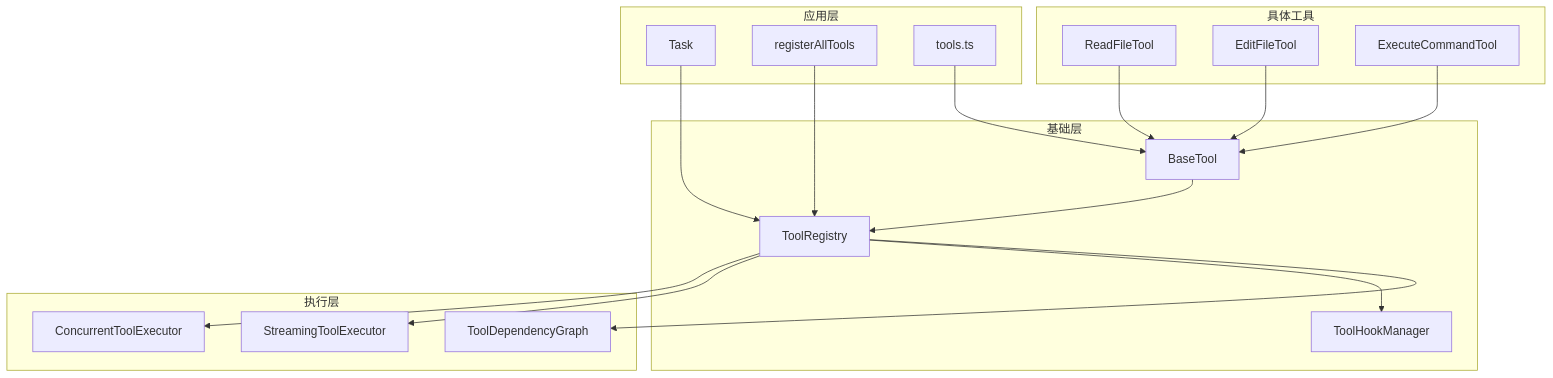
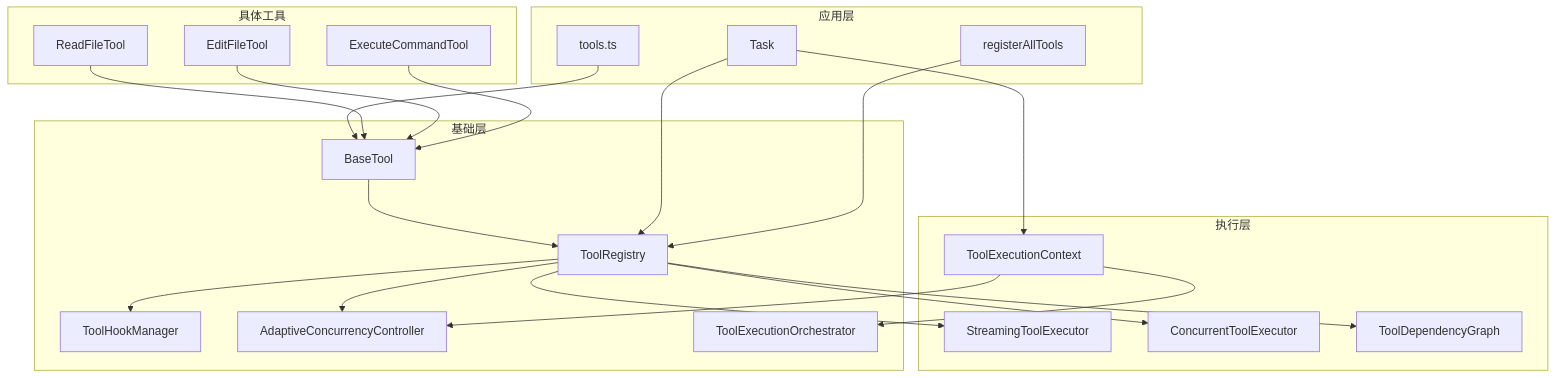
The sixth of 6 diagrams in .qoder/repowiki/zh/content/核心功能/工具系统/统一工具执行框架.md (JunjieChen0/NJUST), drawn with Mermaid before and after one commit. The commit also changed other lines of this file and 37 other files, not shown here.

````diff
--- a/.qoder/repowiki/zh/content/核心功能/工具系统/统一工具执行框架.md
+++ b/.qoder/repowiki/zh/content/核心功能/工具系统/统一工具执行框架.md
@@ -272,34 +389,41 @@
 ```mermaid
 graph TB
 subgraph "基础层"
 BaseTool[BaseTool]
 ToolRegistry[ToolRegistry]
 ToolHookManager[ToolHookManager]
+AdaptiveConcurrencyController[AdaptiveConcurrencyController]
+ToolExecutionOrchestrator[ToolExecutionOrchestrator]
 end
 subgraph "执行层"
 StreamingToolExecutor[StreamingToolExecutor]
 ConcurrentToolExecutor[ConcurrentToolExecutor]
 ToolDependencyGraph[ToolDependencyGraph]
+ToolExecutionContext[ToolExecutionContext]
 end
 subgraph "应用层"
 Task[Task]
 registerAllTools[registerAllTools]
 toolsTS[tools.ts]
 end
 subgraph "具体工具"
 ReadFileTool[ReadFileTool]
 EditFileTool[EditFileTool]
 ExecuteCommandTool[ExecuteCommandTool]
 end
 BaseTool --> ToolRegistry
 ToolRegistry --> ToolDependencyGraph
 ToolRegistry --> ToolHookManager
 ToolRegistry --> StreamingToolExecutor
 ToolRegistry --> ConcurrentToolExecutor
+ToolRegistry --> AdaptiveConcurrencyController
+ToolExecutionContext --> AdaptiveConcurrencyController
+ToolExecutionContext --> ToolExecutionOrchestrator
+Task --> ToolExecutionContext
 Task --> ToolRegistry
 registerAllTools --> ToolRegistry
 toolsTS --> BaseTool
 ReadFileTool --> BaseTool
 EditFileTool --> BaseTool
 ExecuteCommandTool --> BaseTool
 ```
````
